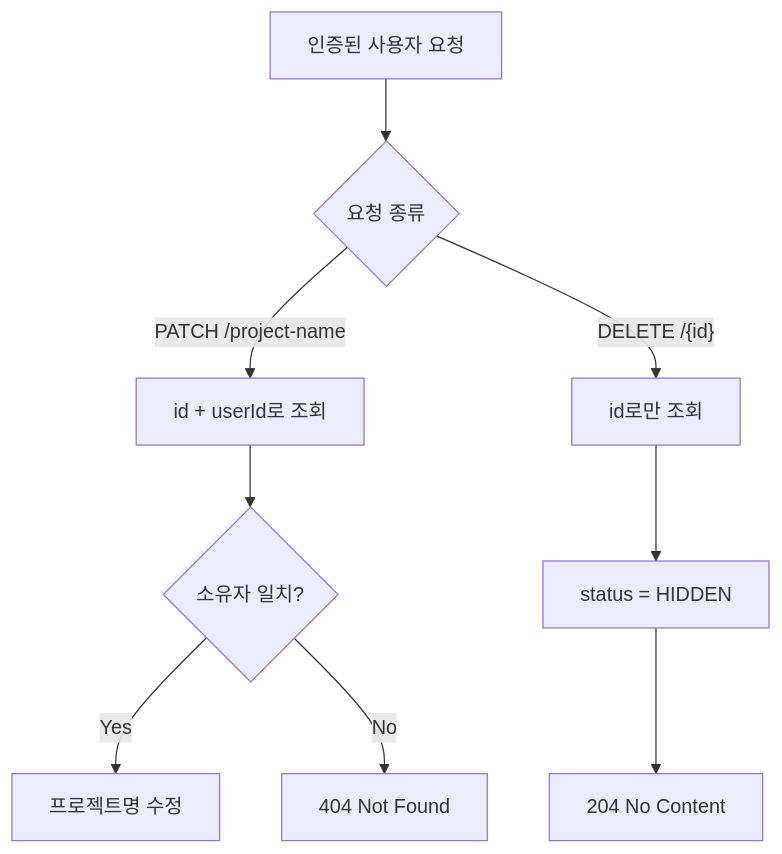
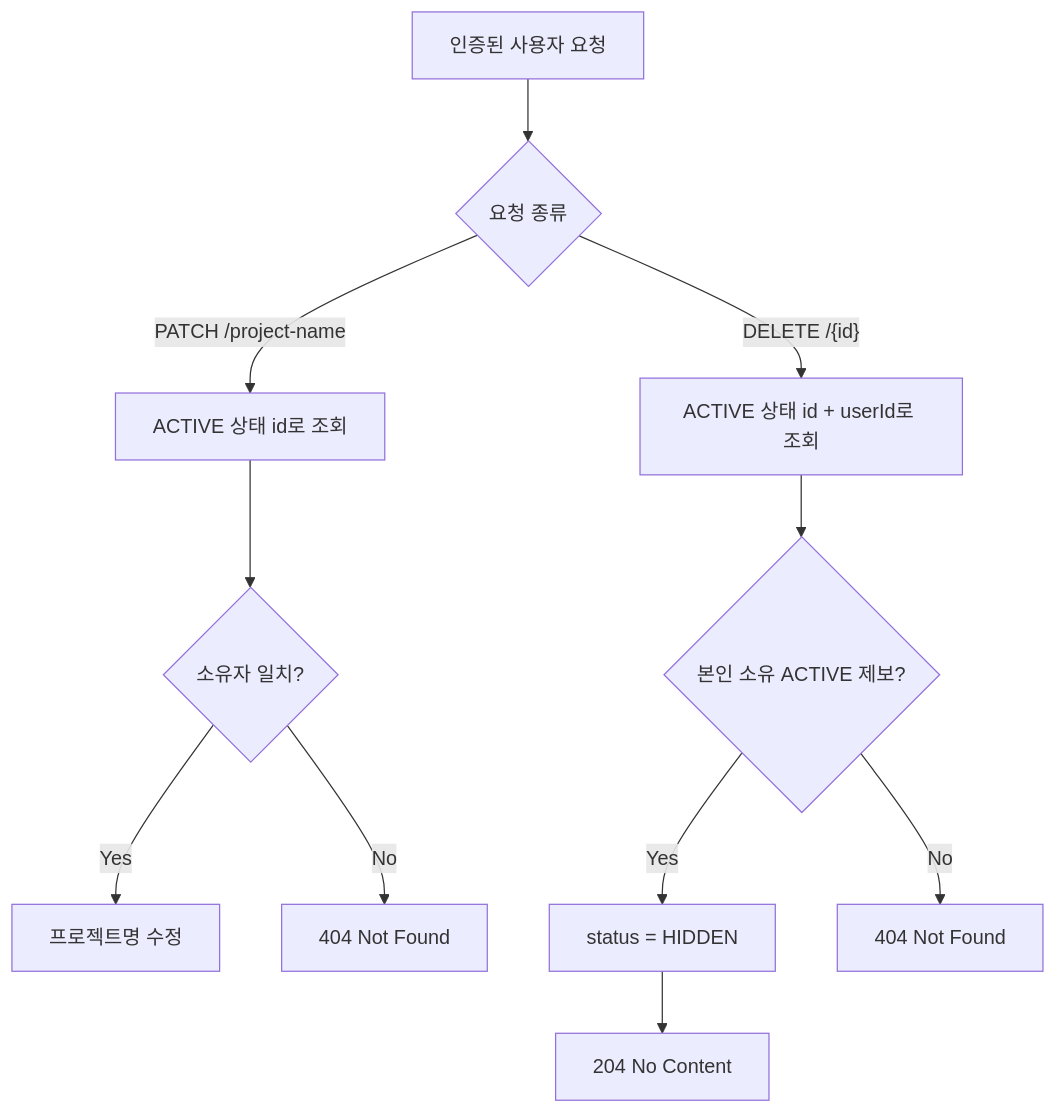
Before and after one commit to Olma-Web/OLma-Docs: the second of 3 diagrams in docs/api/rate-submission.md, drawn with Mermaid. The commit also changed other lines of this file and 3 other files, not shown here.

````diff
--- a/docs/api/rate-submission.md
+++ b/docs/api/rate-submission.md
@@ -67,11 +67,13 @@
 ```mermaid
 flowchart TD
   request["인증된 사용자 요청"] --> action{"요청 종류"}
-  action -- "PATCH /project-name" --> patchLoad["id + userId로 조회"]
+  action -- "PATCH /project-name" --> patchLoad["ACTIVE 상태 id로 조회"]
   patchLoad --> patchOwner{"소유자 일치?"}
   patchOwner -- "Yes" --> patchUpdate["프로젝트명 수정"]
   patchOwner -- "No" --> patch404["404 Not Found"]
-  action -- "DELETE /{id}" --> deleteLoad["id로만 조회"]
-  deleteLoad --> deleteHide["status = HIDDEN"]
+  action -- "DELETE /{id}" --> deleteLoad["ACTIVE 상태 id + userId로 조회"]
+  deleteLoad --> deleteFound{"본인 소유 ACTIVE 제보?"}
+  deleteFound -- "Yes" --> deleteHide["status = HIDDEN"]
+  deleteFound -- "No" --> delete404["404 Not Found"]
   deleteHide --> delete204["204 No Content"]
 ```
````
